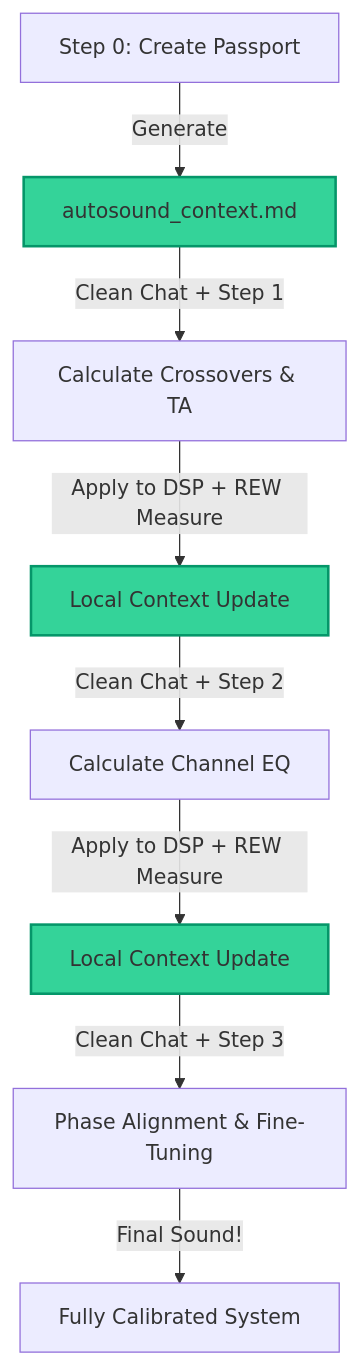
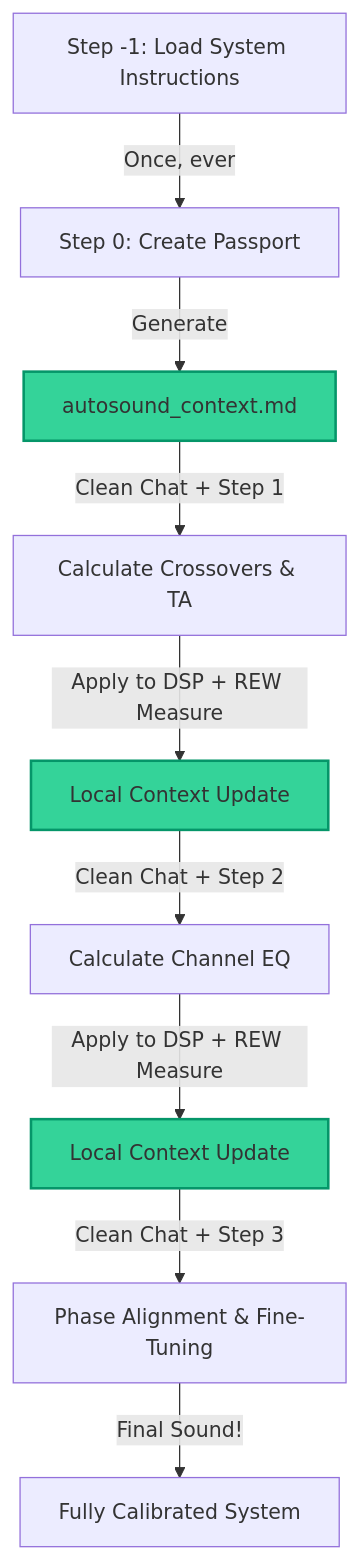
Before and after one commit to ayukhno/autosound-tuning-skill: the diagram in README.md, drawn with Mermaid. The commit also changed other lines of this file and 7 other files, not shown here.

First line of the commit message:
Rename general_system_instructions.md -> step_-1_general_system_instructions.md

````diff
--- a/README.md
+++ b/README.md
@@ -29,14 +29,15 @@
 ```mermaid
 graph TD
-    A[Step 0: Create Passport] -->|Generate| B[autosound_context.md]
+    Z[Step -1: Load System Instructions] -->|Once, ever| A[Step 0: Create Passport]
+    A -->|Generate| B[autosound_context.md]
     B -->|Clean Chat + Step 1| C[Calculate Crossovers & TA]
     C -->|Apply to DSP + REW Measure| D[Local Context Update]
     D -->|Clean Chat + Step 2| E[Calculate Channel EQ]
     E -->|Apply to DSP + REW Measure| F[Local Context Update]
     F -->|Clean Chat + Step 3| G[Phase Alignment & Fine-Tuning]
     G -->|Final Sound!| H[Fully Calibrated System]
     
     style B fill:#34d399,stroke:#059669,stroke-width:2px
     style D fill:#34d399,stroke:#059669,stroke-width:2px
     style F fill:#34d399,stroke:#059669,stroke-width:2px
 ```
````
